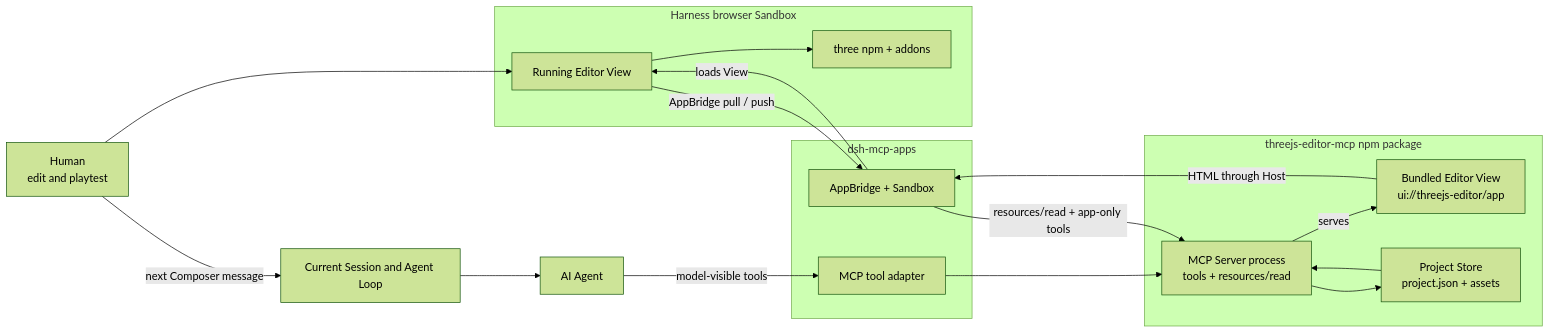
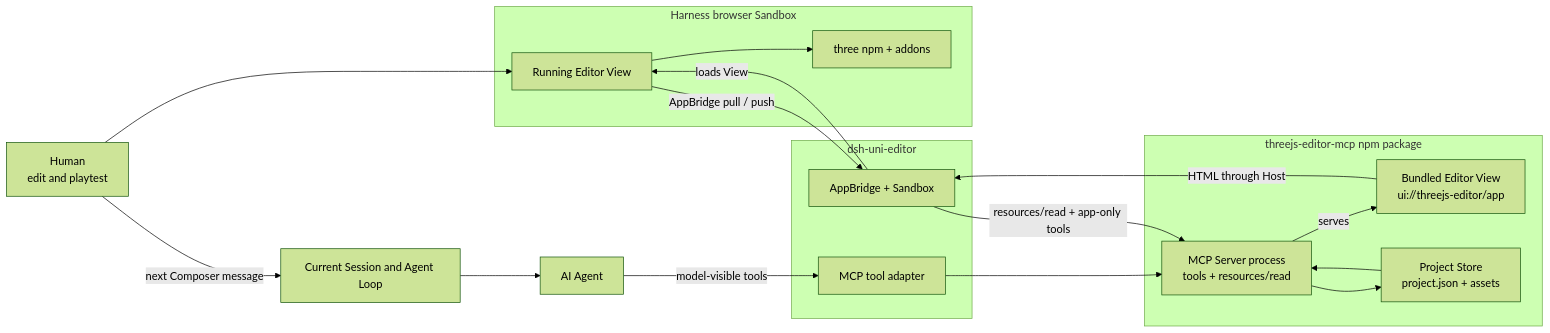
Before and after one commit to creativedswork/threejs-editor-mcp: the first of 3 diagrams in docs/DESIGN.md, drawn with Mermaid (forest theme). The commit also changed other lines of this file and 16 other files, not shown here.

Commit message:
docs: rename host to DSH Uni Editor

````diff
--- a/docs/DESIGN.md
+++ b/docs/DESIGN.md
@@ -94,36 +94,36 @@
 ```mermaid
 flowchart LR
   Human["Human<br/>edit and playtest"]
   Session["Current Session and Agent Loop"]
   Model["AI Agent"]
 
-  subgraph Host["dsh-mcp-apps"]
+  subgraph Host["dsh-uni-editor"]
     Tools["MCP tool adapter"]
     Bridge["AppBridge + Sandbox"]
   end
 
   subgraph Package["threejs-editor-mcp npm package"]
     Server["MCP Server process<br/>tools + resources/read"]
     Resource["Bundled Editor View<br/>ui://threejs-editor/app"]
     Store["Project Store<br/>project.json + assets"]
   end
 
   subgraph Browser["Harness browser Sandbox"]
     App["Running Editor View"]
     Three["three npm + addons"]
   end
 
   Model -->|"model-visible tools"| Tools
   Tools --> Server
   Server -->|"serves"| Resource
   Bridge -->|"resources/read + app-only tools"| Server
   Resource -->|"HTML through Host"| Bridge
   Bridge -->|"loads View"| App
   Human --> App
   App --> Three
   App -->|"AppBridge pull / push"| Bridge
   Server --> Store
   Store --> Server
   Human -->|"next Composer message"| Session
   Session --> Model
 ```
````
